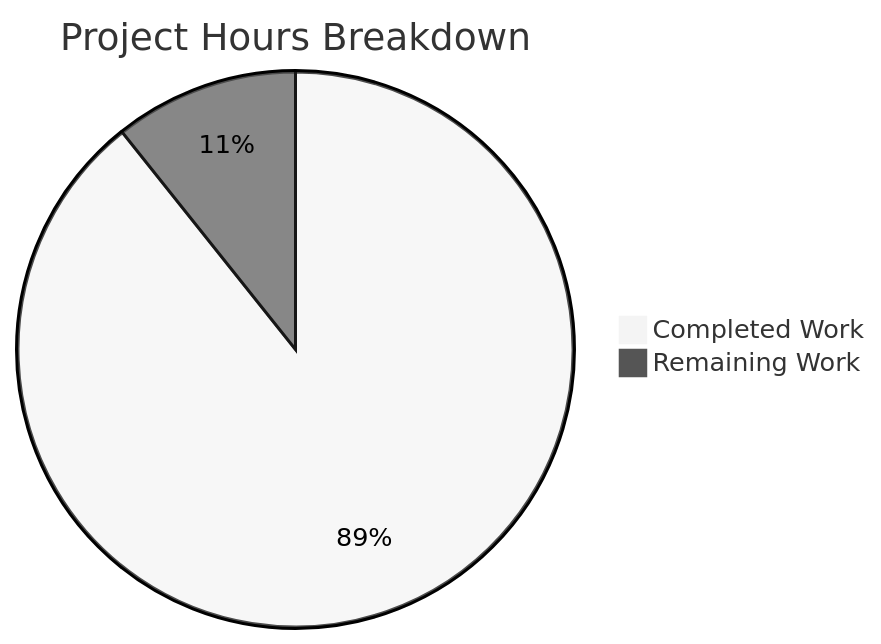
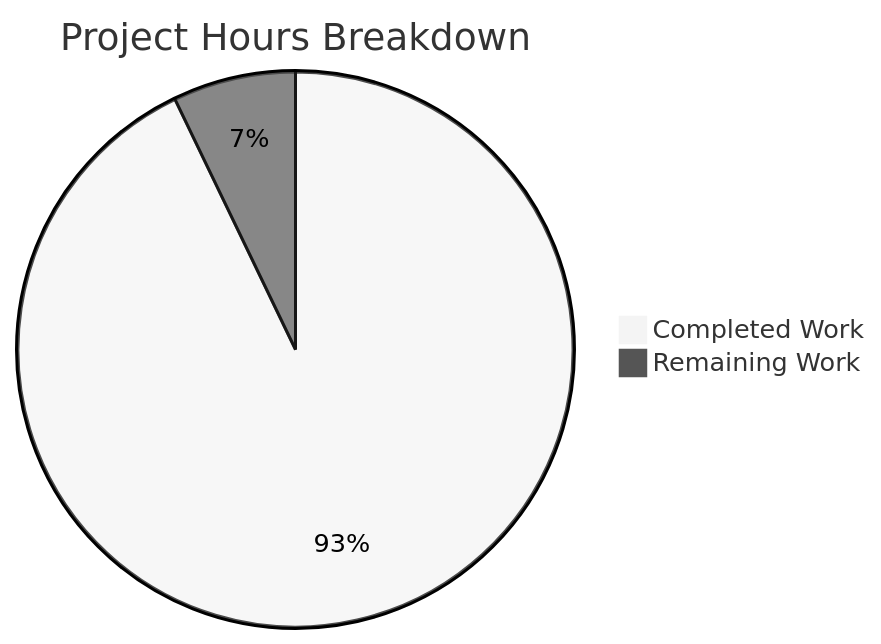
One commit to Sandeep01Kumar/10-dec-existing-projects-qa-test-1 changed the diagram in blitzy/documentation/Project Guide.md. Above: the diagram before and after it, drawn with Mermaid (neutral theme). The commit also changed other lines of this file, not shown here.

Commit message:
Adding Blitzy Project Guide: Project Status and Human Tasks Remaining

````diff
--- a/blitzy/documentation/Project Guide.md
+++ b/blitzy/documentation/Project Guide.md
@@ -26,5 +84,5 @@
 ```mermaid
 pie title Project Hours Breakdown
-    "Completed Work" : 25
-    "Remaining Work" : 3
+    "Completed Work" : 26
+    "Remaining Work" : 2
 ```
````
